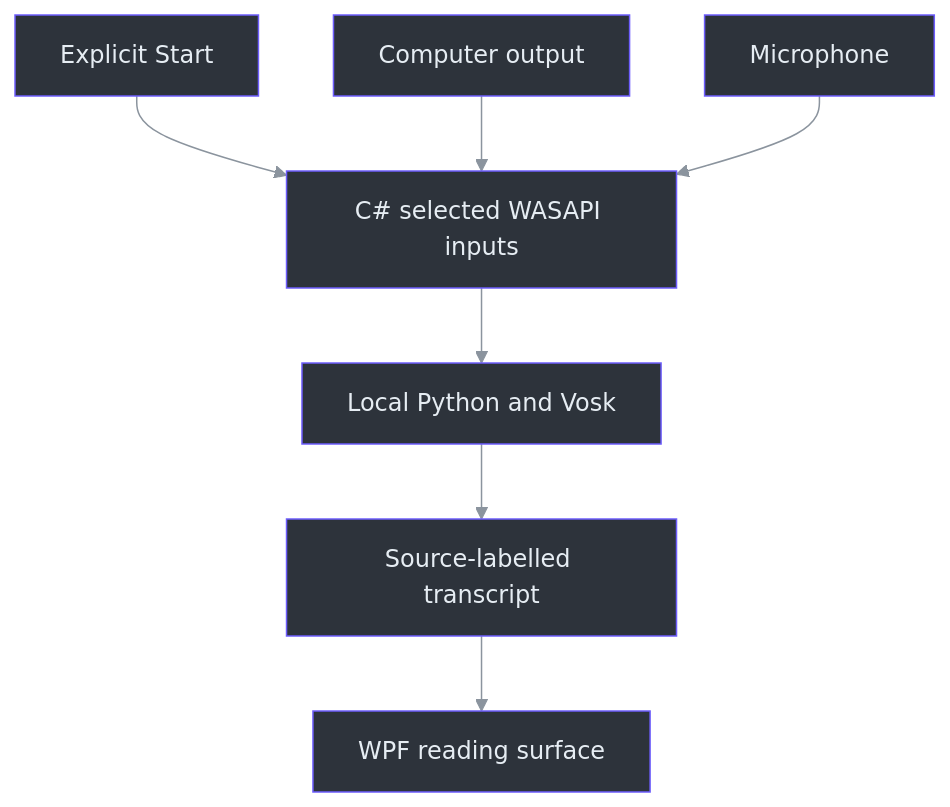
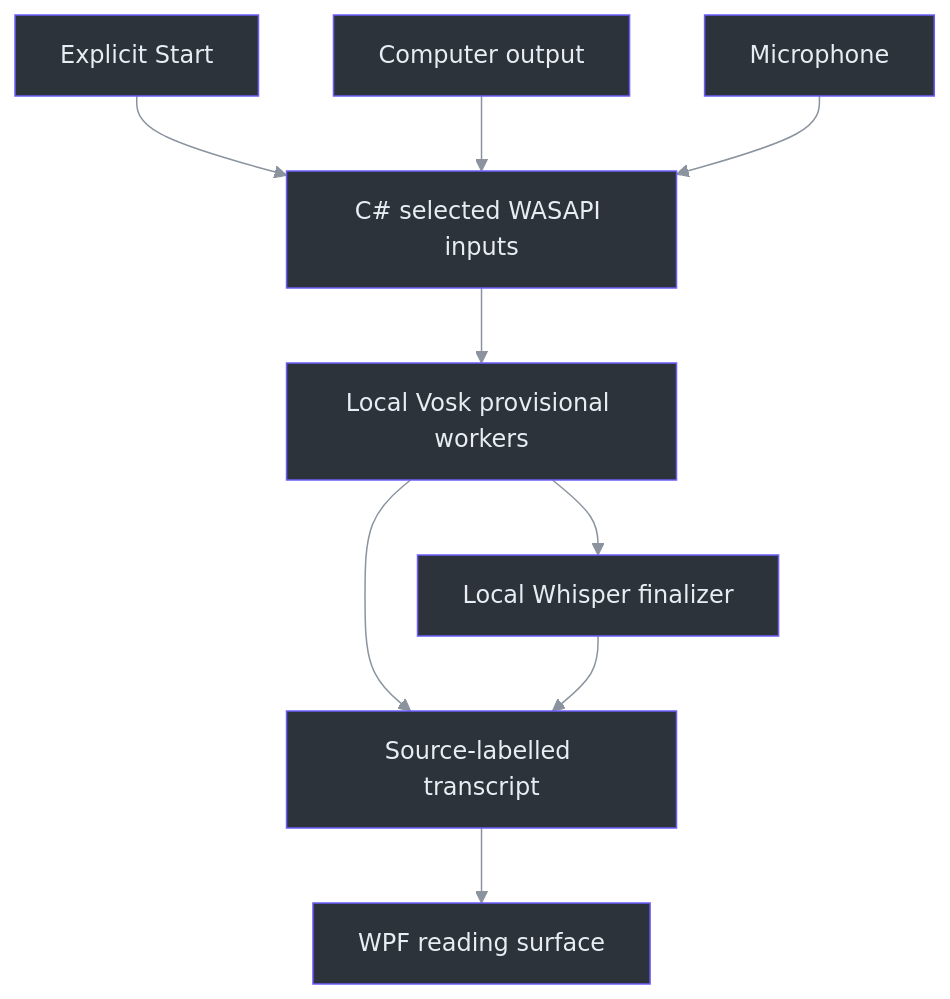
The first of 2 diagrams in docs/OVERVIEW.md (Zanark/phantom-fudge), drawn with Mermaid before and after one commit. The commit also changed other lines of this file and 371 other files, not shown here.

````diff
--- a/docs/OVERVIEW.md
+++ b/docs/OVERVIEW.md
@@ -56,22 +60,24 @@
 ```mermaid
 ---
 config:
   theme: base
   themeVariables:
     primaryColor: "#2d333b"
     primaryBorderColor: "#6d5dfc"
     primaryTextColor: "#e6edf3"
     lineColor: "#8b949e"
     clusterBkg: "#161b22"
     clusterBorder: "#30363d"
 ---
 flowchart TB
     accTitle: Implemented local transcription path
     accDescr: Explicitly selected Computer and Mic inputs pass through native capture and local recognition to source-labelled text in the WPF window.
     Start["Explicit Start"] --> Capture["C# selected WASAPI inputs"]
     Computer["Computer output"] --> Capture
     Mic["Microphone"] --> Capture
-    Capture --> Python["Local Python and Vosk"]
+    Capture --> Python["Local Vosk provisional workers"]
+    Python --> Whisper["Local Whisper finalizer"]
     Python --> Transcript["Source-labelled transcript"]
+    Whisper --> Transcript
     Transcript --> Window["WPF reading surface"]
 ```
````
